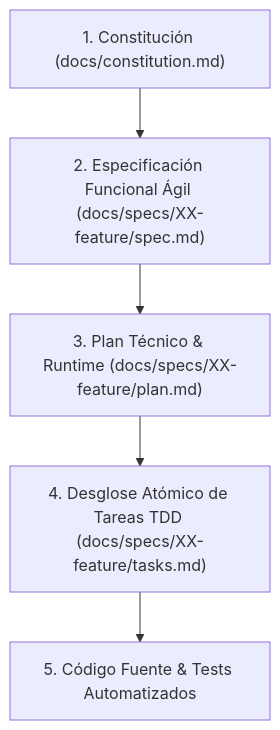
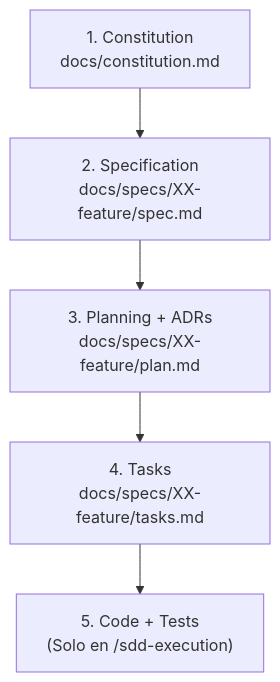
One commit to Thebetus7/SW1-PF-TUTOR-VIRTUALvF-26-2 changed the first of 3 diagrams in .agents/workflows/sdd-init.md. Above: the diagram before and after it, drawn with Mermaid. The commit also changed other lines of this file and 47 other files, not shown here.

````diff
--- a/.agents/workflows/sdd-init.md
+++ b/.agents/workflows/sdd-init.md
@@ -11,7 +110,14 @@
 ```mermaid
 flowchart TD
-    C["1. Constitución (docs/constitution.md)"] --> S["2. Especificación Funcional Ágil (docs/specs/XX-feature/spec.md)"]
-    S --> P["3. Plan Técnico & Runtime (docs/specs/XX-feature/plan.md)"]
-    P --> T["4. Desglose Atómico de Tareas TDD (docs/specs/XX-feature/tasks.md)"]
-    T --> K["5. Código Fuente & Tests Automatizados"]
+
+    C["1. Constitution<br/>docs/constitution.md"]
+    S["2. Specification<br/>docs/specs/XX-feature/spec.md"]
+    P["3. Planning + ADRs<br/>docs/specs/XX-feature/plan.md"]
+    T["4. Tasks<br/>docs/specs/XX-feature/tasks.md"]
+    K["5. Code + Tests<br/>(Solo en /sdd-execution)"]
+
+    C --> S
+    S --> P
+    P --> T
+    T --> K
 ```
````
